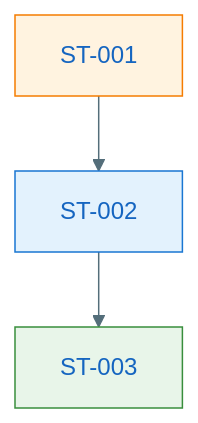
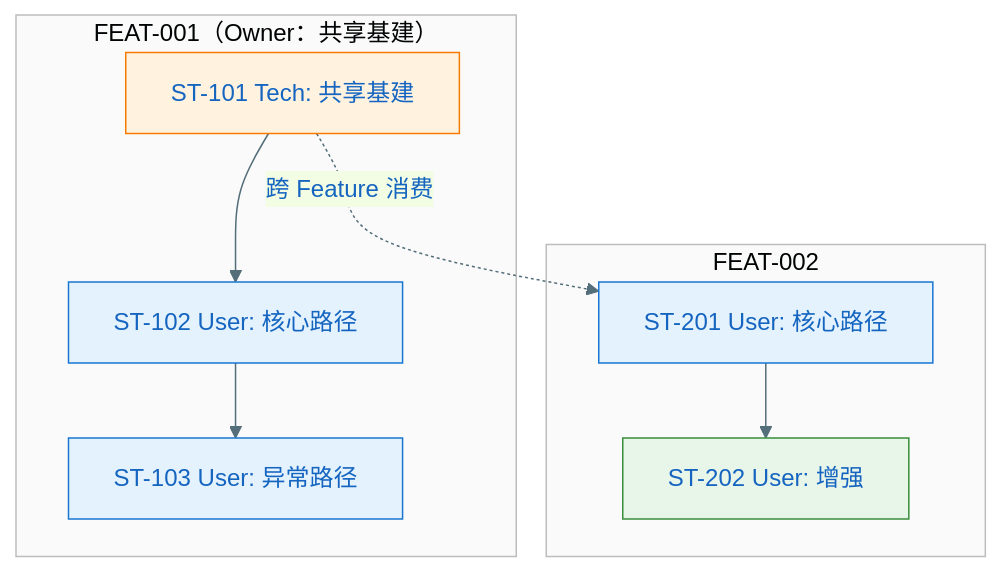
The tenth of 10 diagrams in .specify/templates/epic-design-doc-template.md (jackykarma/Verity), drawn with Mermaid before and after one commit. The commit also changed other lines of this file, not shown here.

````diff
--- a/.specify/templates/epic-design-doc-template.md
+++ b/.specify/templates/epic-design-doc-template.md
@@ -850,12 +941,27 @@
 ```mermaid
 %%{init: {'theme': 'base', 'themeVariables': { 'primaryColor': '#E3F2FD', 'primaryTextColor': '#1565C0', 'primaryBorderColor': '#1976D2', 'lineColor': '#546E7A'}}}%%
 flowchart TD
-  ST001["ST-001"]
-  ST002["ST-002"]
-  ST003["ST-003"]
-  ST001 --> ST002
-  ST002 --> ST003
-  style ST001 fill:#FFF3E0,stroke:#F57C00
-  style ST002 fill:#E3F2FD,stroke:#1976D2
-  style ST003 fill:#E8F5E9,stroke:#388E3C
+  subgraph FEAT1["FEAT-001（Owner：共享基建）"]
+    ST101["ST-101 Tech: 共享基建"]
+    ST102["ST-102 User: 核心路径"]
+    ST103["ST-103 User: 异常路径"]
+    ST101 --> ST102
+    ST102 --> ST103
+  end
+
+  subgraph FEAT2["FEAT-002"]
+    ST201["ST-201 User: 核心路径"]
+    ST202["ST-202 User: 增强"]
+    ST201 --> ST202
+  end
+
+  ST101 -.->|跨 Feature 消费| ST201
+
+  style ST101 fill:#FFF3E0,stroke:#F57C00
+  style ST102 fill:#E3F2FD,stroke:#1976D2
+  style ST103 fill:#E3F2FD,stroke:#1976D2
+  style ST201 fill:#E3F2FD,stroke:#1976D2
+  style ST202 fill:#E8F5E9,stroke:#388E3C
+  style FEAT1 fill:#FAFAFA,stroke:#BDBDBD,stroke-width:1px
+  style FEAT2 fill:#FAFAFA,stroke:#BDBDBD,stroke-width:1px
 ```
````
